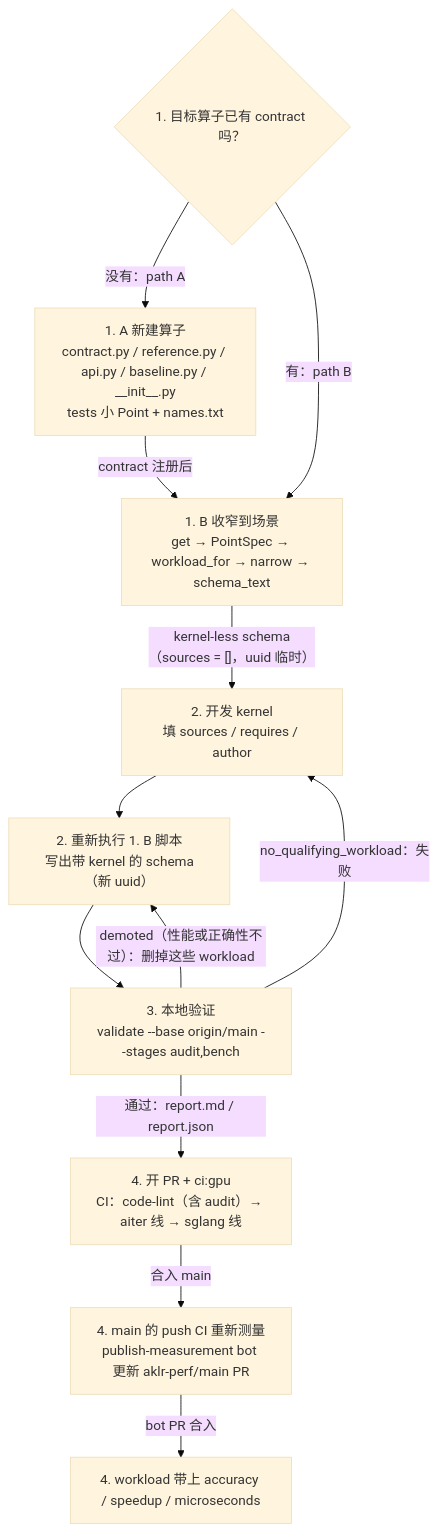
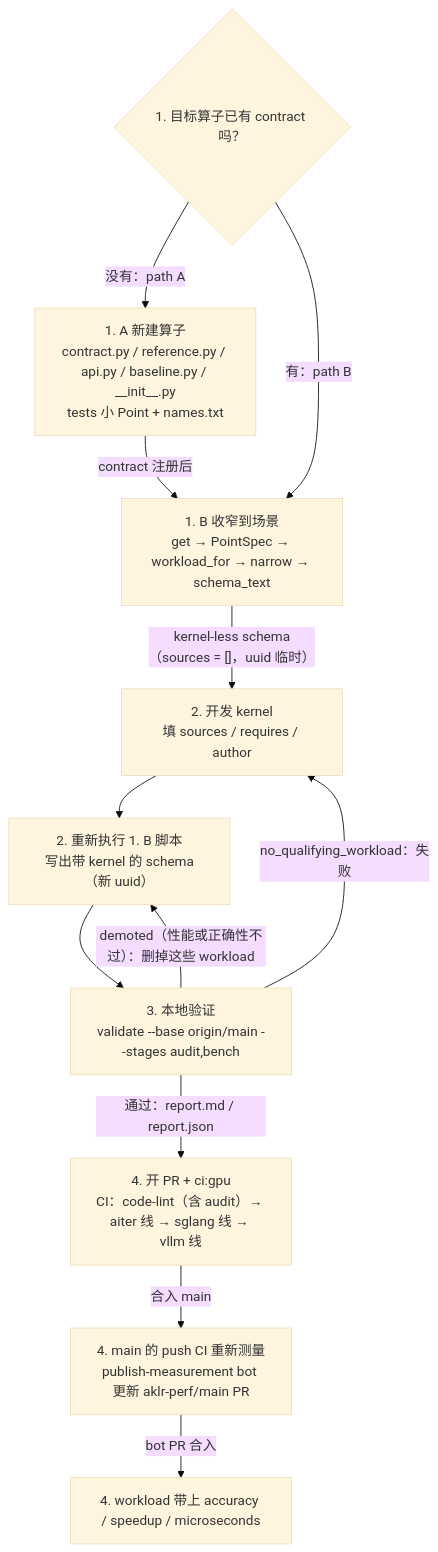
The diagram in docs/ops_tutorial.zh.md (AMD-AGI/AKLR), drawn with Mermaid (base theme) before and after one commit. The commit also changed other lines of this file and 4 other files, not shown here.

````diff
--- a/docs/ops_tutorial.zh.md
+++ b/docs/ops_tutorial.zh.md
@@ -13,14 +13,14 @@
 ```mermaid
 flowchart TD
     S{"1. 目标算子已有 contract 吗？"} -->|"没有：path A"| A["1. A 新建算子<br/>contract.py / reference.py / api.py / baseline.py / __init__.py<br/>tests 小 Point + names.txt"]
     S -->|"有：path B"| B["1. B 收窄到场景<br/>get → PointSpec → workload_for → narrow → schema_text"]
     A -->|"contract 注册后"| B
     B -->|"kernel-less schema<br/>（sources = []，uuid 临时）"| D["2. 开发 kernel<br/>填 sources / requires / author"]
     D --> R["2. 重新执行 1. B 脚本<br/>写出带 kernel 的 schema（新 uuid）"]
     R --> V["3. 本地验证<br/>validate --base origin/main --stages audit,bench"]
     V -->|"no_qualifying_workload：失败"| D
     V -->|"demoted（性能或正确性不过）：删掉这些 workload"| R
-    V -->|"通过：report.md / report.json"| P["4. 开 PR + ci:gpu<br/>CI：code-lint（含 audit）→ aiter 线 → sglang 线"]
+    V -->|"通过：report.md / report.json"| P["4. 开 PR + ci:gpu<br/>CI：code-lint（含 audit）→ aiter 线 → sglang 线 → vllm 线"]
     P -->|"合入 main"| M["4. main 的 push CI 重新测量<br/>publish-measurement bot 更新 aklr-perf/main PR"]
     M -->|"bot PR 合入"| N["4. workload 带上 accuracy / speedup / microseconds"]
 ```
````
